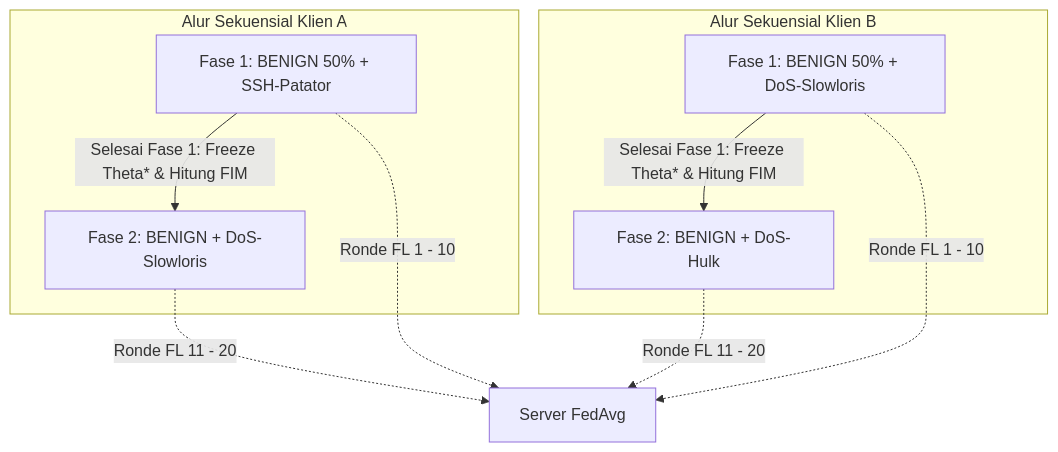
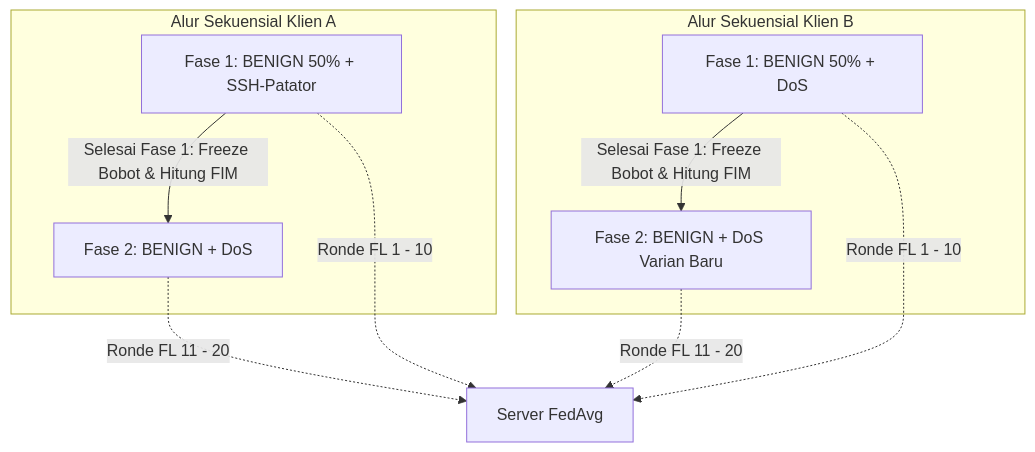
Before and after one commit to rhaffle87/brief-thesis: the seventh of 7 diagrams in Penulisan/Bab-3-Metodologi-Penelitian.md, drawn with Mermaid. The commit also changed other lines of this file and 2 other files, not shown here.

````diff
--- a/Penulisan/Bab-3-Metodologi-Penelitian.md
+++ b/Penulisan/Bab-3-Metodologi-Penelitian.md
@@ -260,13 +219,13 @@
 ```mermaid
 flowchart TD
-    subgraph Client_A_Timeline [Alur Sekuensial Klien A]
-        A1[Fase 1: BENIGN 50% + SSH-Patator] -->|Selesai Fase 1: Freeze Theta* & Hitung FIM| A2[Fase 2: BENIGN + DoS-Slowloris]
+    subgraph Timeline_Klien_A [Alur Sekuensial Klien A]
+        A1[Fase 1: BENIGN 50% + SSH-Patator] -->|Selesai Fase 1: Freeze Bobot & Hitung FIM| A2[Fase 2: BENIGN + DoS]
     end
-    subgraph Client_B_Timeline [Alur Sekuensial Klien B]
-        B1[Fase 1: BENIGN 50% + DoS-Slowloris] -->|Selesai Fase 1: Freeze Theta* & Hitung FIM| B2[Fase 2: BENIGN + DoS-Hulk]
+    subgraph Timeline_Klien_B [Alur Sekuensial Klien B]
+        B1[Fase 1: BENIGN 50% + DoS] -->|Selesai Fase 1: Freeze Bobot & Hitung FIM| B2[Fase 2: BENIGN + DoS Varian Baru]
     end
     A1 -.->|Ronde FL 1 - 10| S[Server FedAvg]
     B1 -.->|Ronde FL 1 - 10| S
     A2 -.->|Ronde FL 11 - 20| S
     B2 -.->|Ronde FL 11 - 20| S
 ```
````
